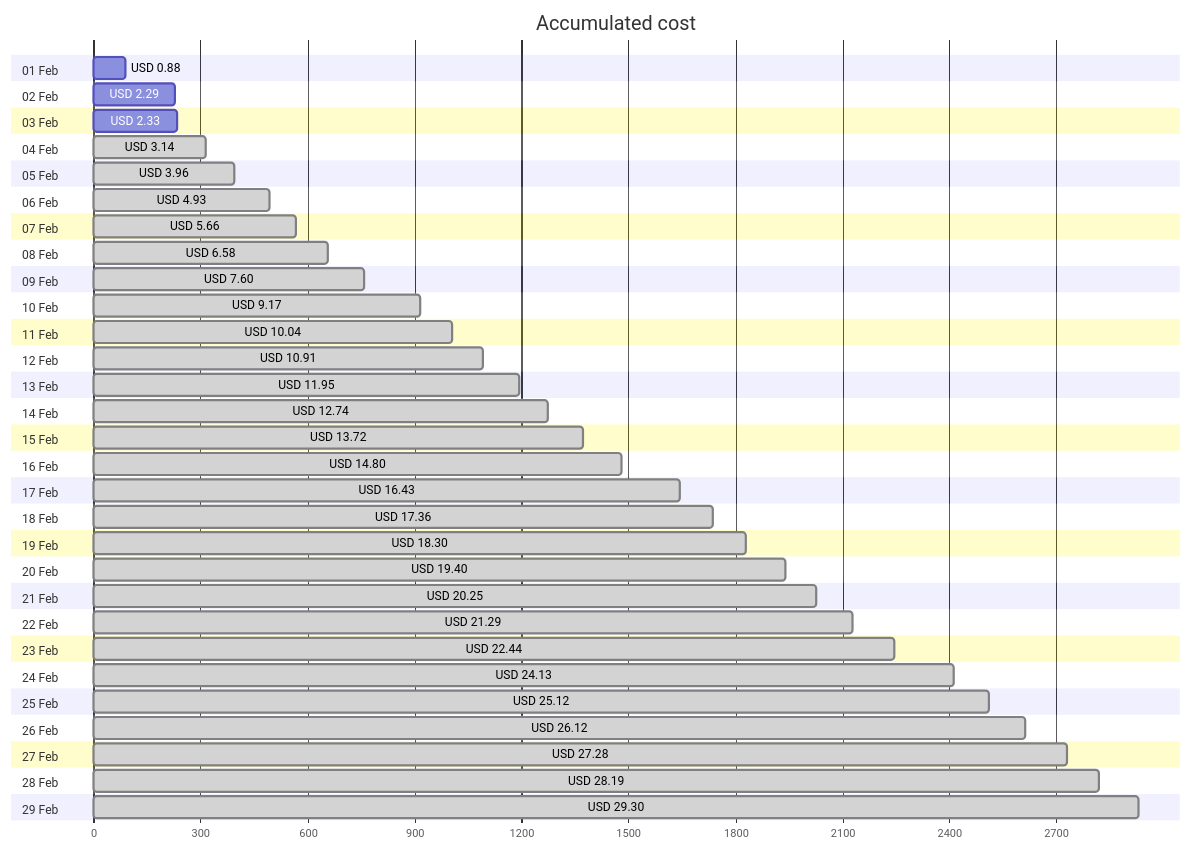
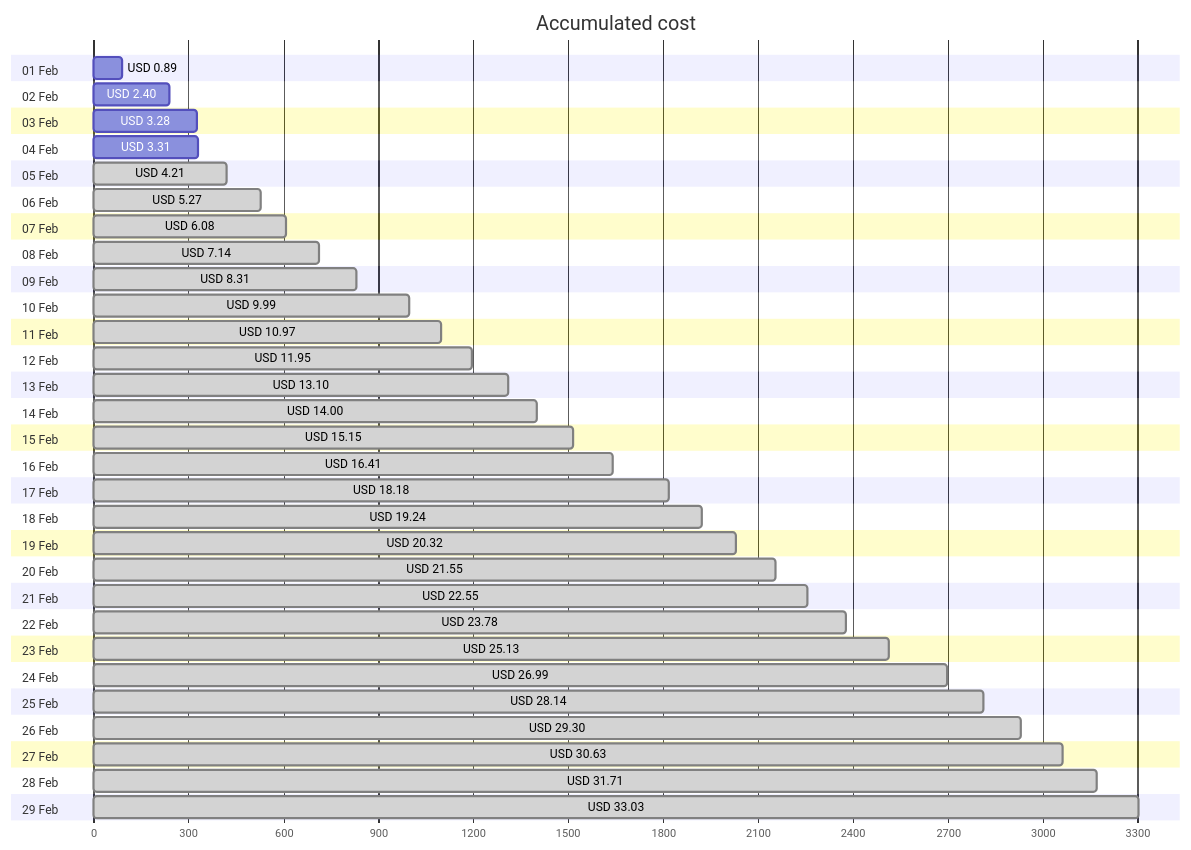
The first of 4 diagrams in cost-reports/personal-network/vpn-server.md (jpfulton/azure-personal-reports), drawn with Mermaid before and after one commit. The commit also changed other lines of this file and 8 other files, not shown here.

````diff
--- a/cost-reports/personal-network/vpn-server.md
+++ b/cost-reports/personal-network/vpn-server.md
@@ -20,64 +20,64 @@
 ```mermaid
 gantt
    title Accumulated cost
    dateFormat  X
    axisFormat %s
    section 01 Feb
-   USD 0.88 :0, 88
+   USD 0.89 :0, 89
    section 02 Feb
-   USD 2.29 :0, 229
+   USD 2.40 :0, 240
    section 03 Feb
-   USD 2.33 :0, 233
+   USD 3.28 :0, 328
    section 04 Feb
-   USD 3.14 : done, 0, 314
+   USD 3.31 :0, 331
    section 05 Feb
-   USD 3.96 : done, 0, 396
+   USD 4.21 : done, 0, 421
    section 06 Feb
-   USD 4.93 : done, 0, 493
+   USD 5.27 : done, 0, 527
    section 07 Feb
-   USD 5.66 : done, 0, 566
+   USD 6.08 : done, 0, 608
    section 08 Feb
-   USD 6.58 : done, 0, 658
+   USD 7.14 : done, 0, 714
    section 09 Feb
-   USD 7.60 : done, 0, 760
+   USD 8.31 : done, 0, 831
    section 10 Feb
-   USD 9.17 : done, 0, 917
+   USD 9.99 : done, 0, 999
    section 11 Feb
-   USD 10.04 : done, 0, 1004
+   USD 10.97 : done, 0, 1097
    section 12 Feb
-   USD 10.91 : done, 0, 1091
+   USD 11.95 : done, 0, 1195
    section 13 Feb
-   USD 11.95 : done, 0, 1195
+   USD 13.10 : done, 0, 1310
    section 14 Feb
-   USD 12.74 : done, 0, 1274
+   USD 14.00 : done, 0, 1400
    section 15 Feb
-   USD 13.72 : done, 0, 1372
+   USD 15.15 : done, 0, 1515
    section 16 Feb
-   USD 14.80 : done, 0, 1480
+   USD 16.41 : done, 0, 1641
    section 17 Feb
-   USD 16.43 : done, 0, 1643
+   USD 18.18 : done, 0, 1818
    section 18 Feb
-   USD 17.36 : done, 0, 1736
+   USD 19.24 : done, 0, 1924
    section 19 Feb
-   USD 18.30 : done, 0, 1830
+   USD 20.32 : done, 0, 2032
    section 20 Feb
-   USD 19.40 : done, 0, 1940
+   USD 21.55 : done, 0, 2155
    section 21 Feb
-   USD 20.25 : done, 0, 2025
+   USD 22.55 : done, 0, 2255
    section 22 Feb
-   USD 21.29 : done, 0, 2129
+   USD 23.78 : done, 0, 2378
    section 23 Feb
-   USD 22.44 : done, 0, 2244
+   USD 25.13 : done, 0, 2513
    section 24 Feb
-   USD 24.13 : done, 0, 2413
+   USD 26.99 : done, 0, 2699
    section 25 Feb
-   USD 25.12 : done, 0, 2512
+   USD 28.14 : done, 0, 2814
    section 26 Feb
-   USD 26.12 : done, 0, 2612
+   USD 29.30 : done, 0, 2930
    section 27 Feb
-   USD 27.28 : done, 0, 2728
+   USD 30.63 : done, 0, 3063
    section 28 Feb
-   USD 28.19 : done, 0, 2819
+   USD 31.71 : done, 0, 3171
    section 29 Feb
-   USD 29.30 : done, 0, 2930
+   USD 33.03 : done, 0, 3303
 ```
````
